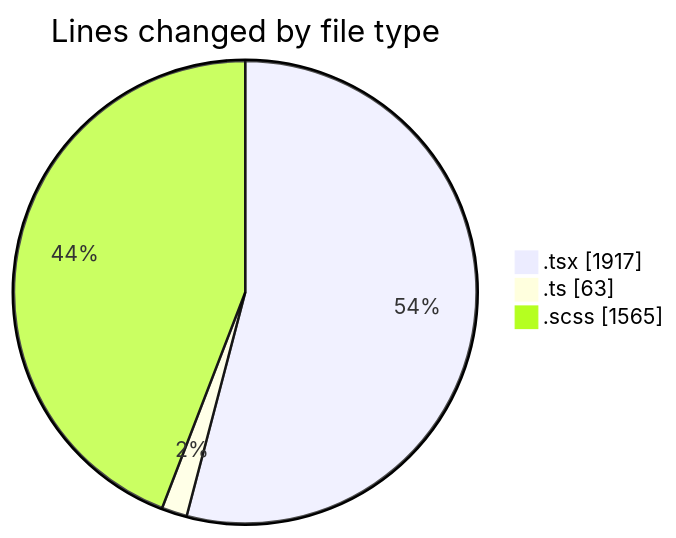
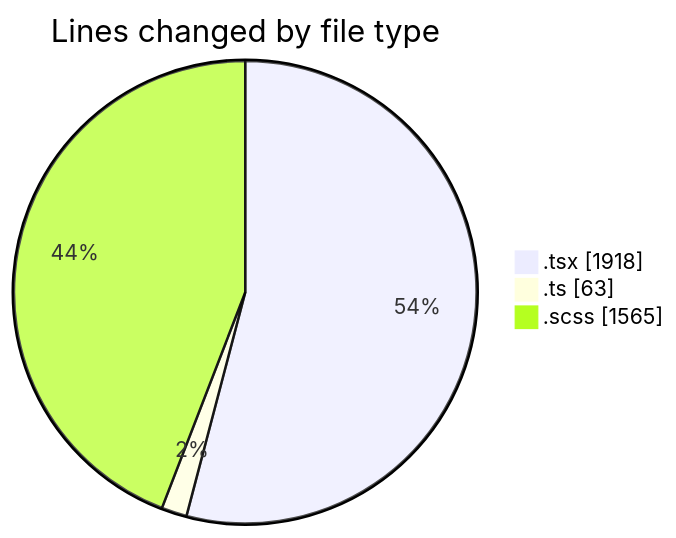
Before and after one commit to momahboobian/code-tracking: the first of 2 diagrams in 2025-04-02/cda/README.md, drawn with Mermaid. The commit also changed other lines of this file and 1 other file, not shown here.

````diff
--- a/2025-04-02/cda/README.md
+++ b/2025-04-02/cda/README.md
@@ -30,7 +30,7 @@
 ```mermaid
 pie showData
 title Lines changed by file type
-".tsx" : 1917
+".tsx" : 1918
 ".ts" : 63
 ".scss" : 1565
 ```
````
